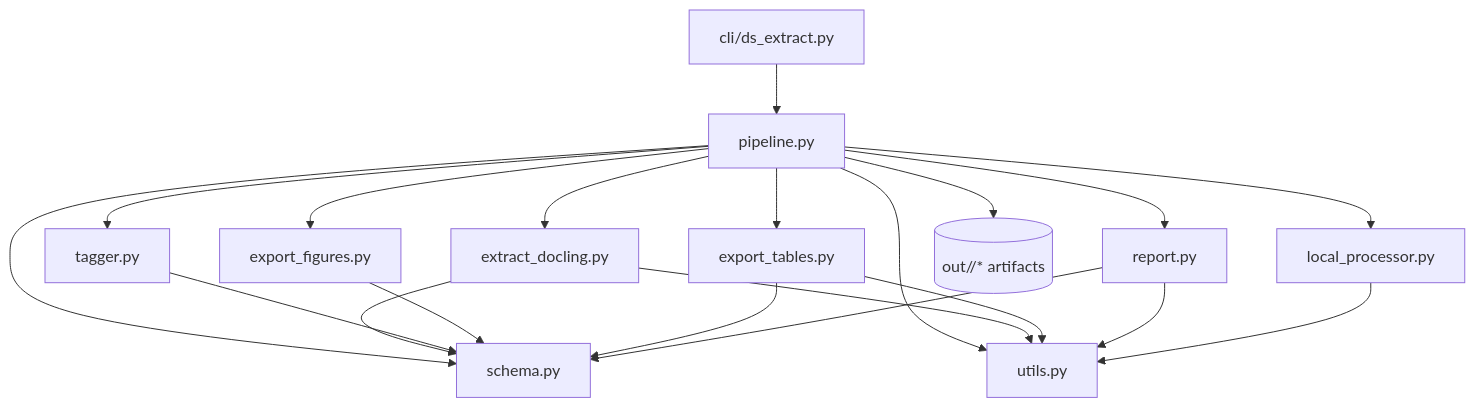
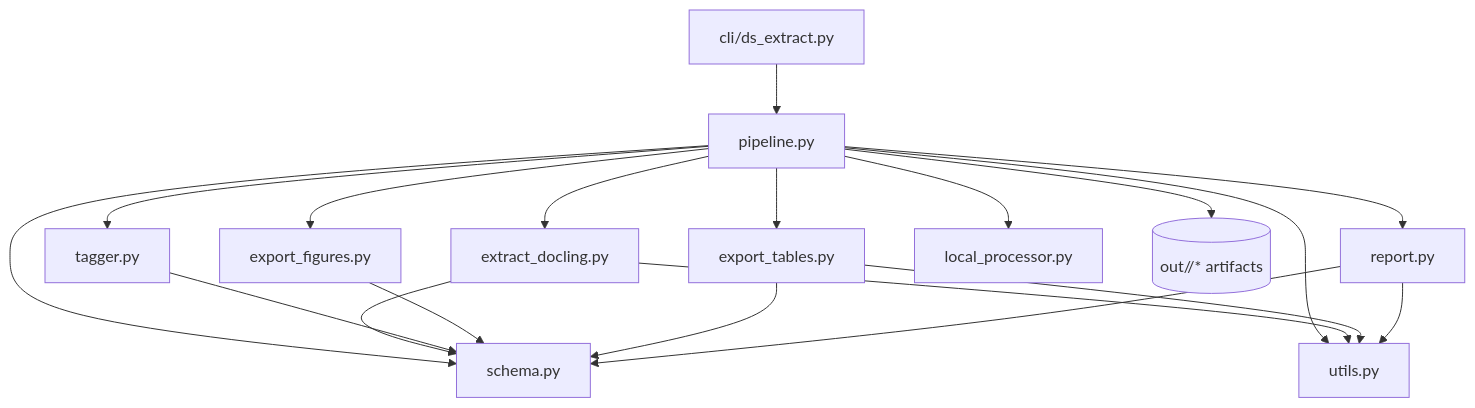
The second of 3 diagrams in docs/architecture.md (amahpour/datasheet-extractor), drawn with Mermaid before and after one commit. The commit also changed other lines of this file and 9 other files, not shown here.

````diff
--- a/docs/architecture.md
+++ b/docs/architecture.md
@@ -21,26 +21,25 @@
 ```mermaid
 graph TD
   CLI[cli/ds_extract.py] --> P[pipeline.py]
 
   P --> E[extract_docling.py]
   P --> T[tagger.py]
   P --> EF[export_figures.py]
   P --> ET[export_tables.py]
   P --> R[report.py]
   P --> LP[local_processor.py]
   P --> S[schema.py]
   P --> U[utils.py]
 
   E --> S
   E --> U
 
   T --> S
   EF --> S
   ET --> S
   ET --> U
   R --> S
   R --> U
-  LP --> U
 
   P --> OUT[(out/<pdf>/* artifacts)]
 ```
````
